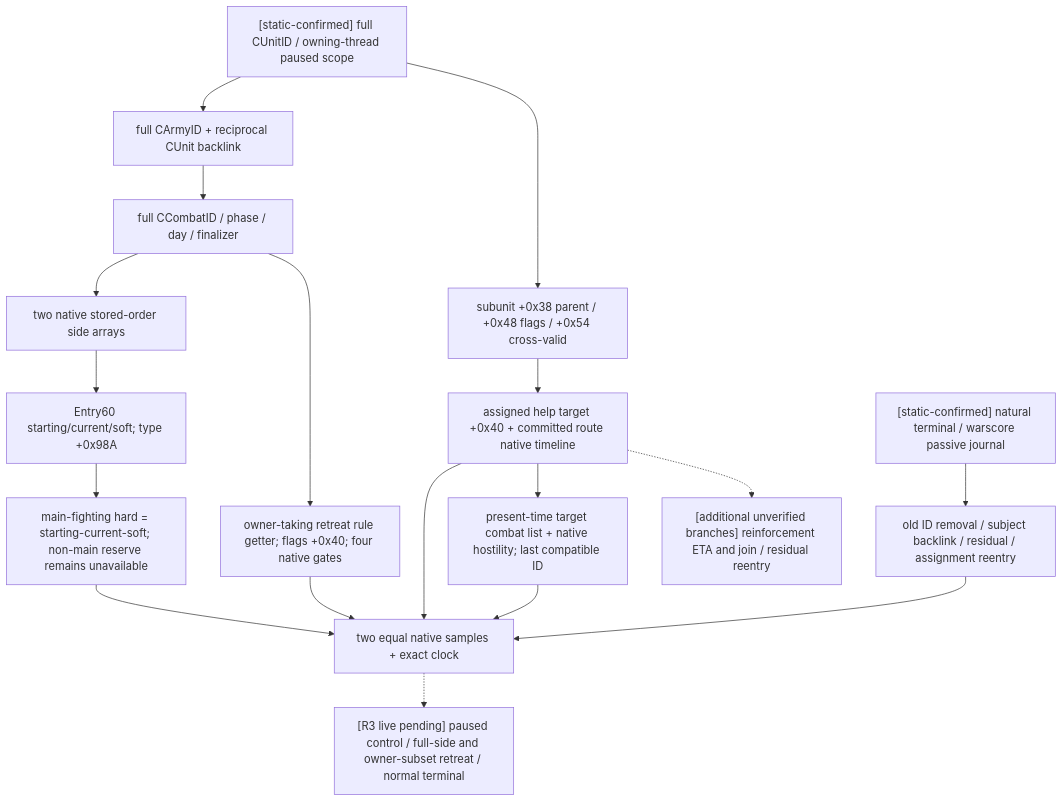
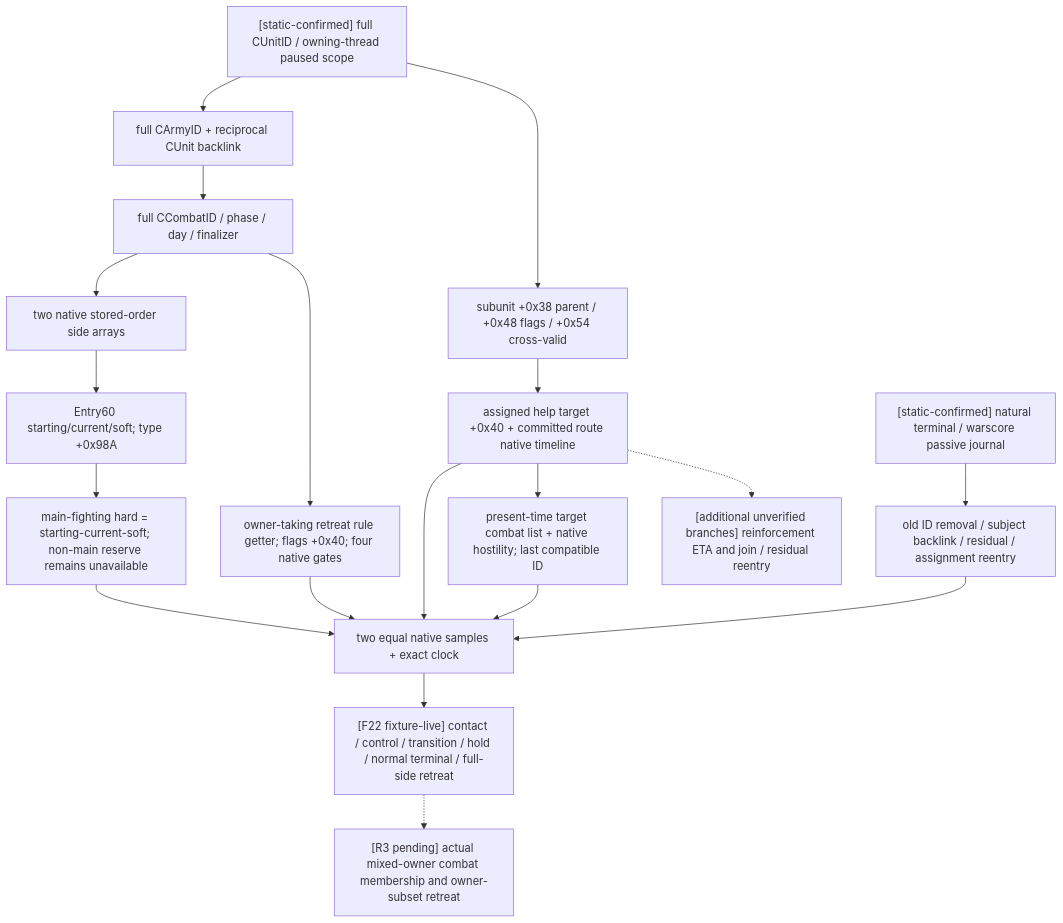
One commit to XenoAmess/ck3_eternal_recurrence changed the diagram in docs/ck3-native-ai/ck3-1.20.0.2-battle-migration.md. Above: the diagram before and after it, drawn with Mermaid. The commit also changed other lines of this file and 8 other files, not shown here.

Commit message:
Restore CK3 1.20 battle terminal reads and verify combat exits

````diff
--- a/docs/ck3-native-ai/ck3-1.20.0.2-battle-migration.md
+++ b/docs/ck3-native-ai/ck3-1.20.0.2-battle-migration.md
@@ -36,20 +36,21 @@
 ```mermaid
 flowchart TD
     U["[static-confirmed] full CUnitID / owning-thread paused scope"] --> A["full CArmyID + reciprocal CUnit backlink"]
     A --> C["full CCombatID / phase / day / finalizer"]
     C --> S["two native stored-order side arrays"]
     S --> E["Entry60 starting/current/soft; type +0x98A"]
     E --> H["main-fighting hard = starting-current-soft; non-main reserve remains unavailable"]
     C --> R["owner-taking retreat rule getter; flags +0x40; four native gates"]
     U --> M["subunit +0x38 parent / +0x48 flags / +0x54 cross-valid"]
     M --> T["assigned help target +0x40 + committed route native timeline"]
     T --> P["present-time target combat list + native hostility; last compatible ID"]
     J["[static-confirmed] natural terminal / warscore passive journal"] --> D["old ID removal / subject backlink / residual / assignment reentry"]
     H --> F["two equal native samples + exact clock"]
     R --> F
     T --> F
     P --> F
     D --> F
-    F -.-> L["[R3 live pending] paused control / full-side and owner-subset retreat / normal terminal"]
+    F --> L["[F22 fixture-live] contact / control / transition / hold / normal terminal / full-side retreat"]
+    L -.-> V["[R3 pending] actual mixed-owner combat membership and owner-subset retreat"]
     T -.-> Q["[additional unverified branches] reinforcement ETA and join / residual reentry"]
 ```
````
